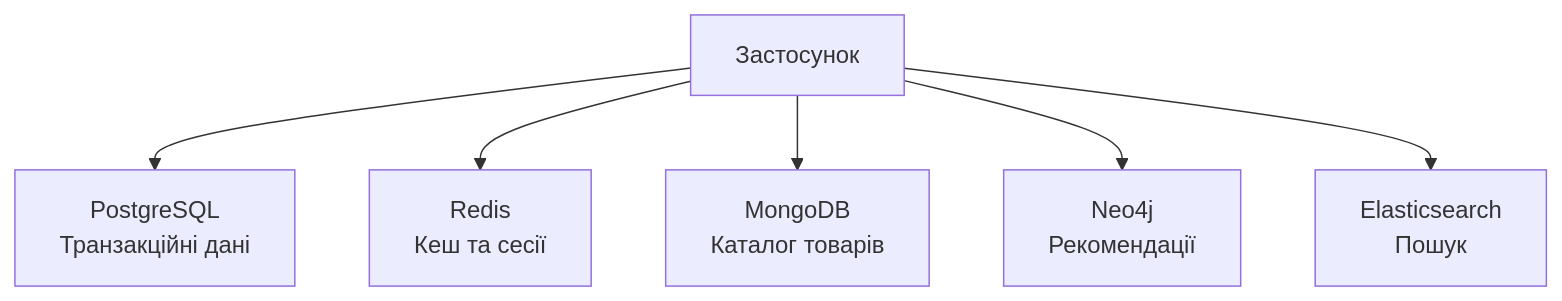
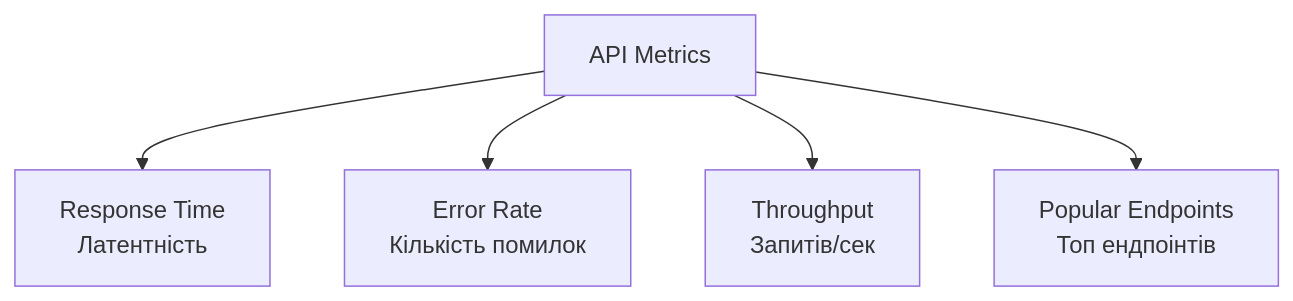
The ninth of 9 diagrams in docs/presentations/presentation-11.md (olroi421/course-opi), drawn with Mermaid before and after one commit. The commit also changed other lines of this file and 8 other files, not shown here.

````diff
--- a/docs/presentations/presentation-11.md
+++ b/docs/presentations/presentation-11.md
@@ -504,8 +707,7 @@
 ```mermaid
 graph TB
-    A[Застосунок] --> B[PostgreSQL<br/>Транзакційні дані]
-    A --> C[Redis<br/>Кеш та сесії]
-    A --> D[MongoDB<br/>Каталог товарів]
-    A --> E[Neo4j<br/>Рекомендації]
-    A --> F[Elasticsearch<br/>Пошук]
+    A[API Metrics] --> B[Response Time<br/>Латентність]
+    A --> C[Error Rate<br/>Кількість помилок]
+    A --> D[Throughput<br/>Запитів/сек]
+    A --> E[Popular Endpoints<br/>Топ ендпоінтів]
 ```
````
